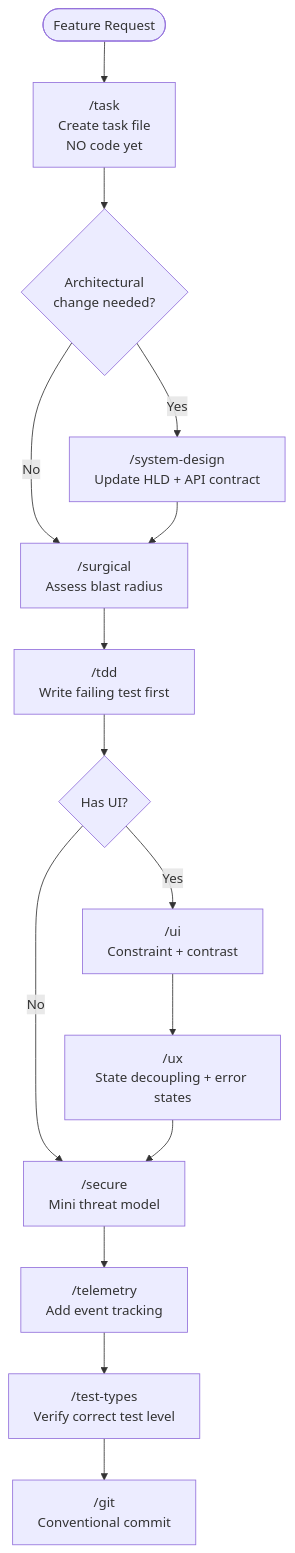
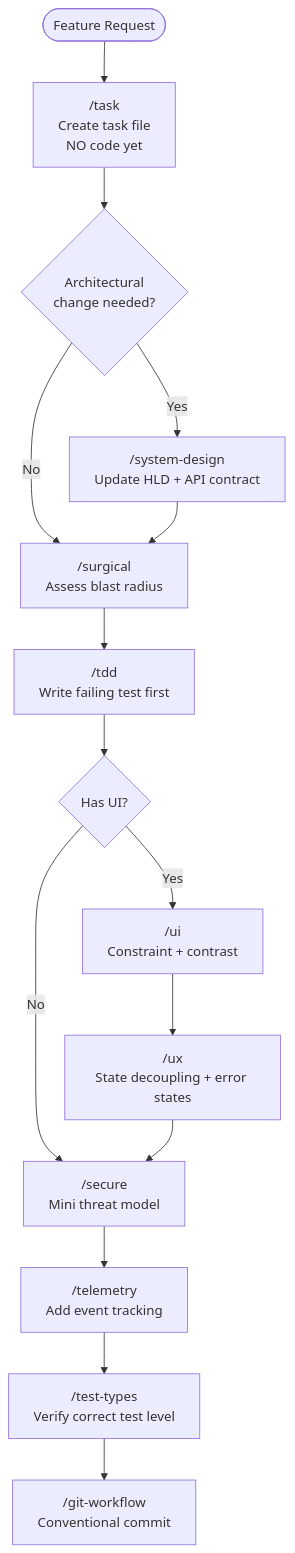
The third of 6 diagrams in README.md (sornbuen15/drunken-guild), drawn with Mermaid before and after one commit. The commit also changed other lines of this file and 33 other files, not shown here.

````diff
--- a/README.md
+++ b/README.md
@@ -434,17 +453,17 @@
 ```mermaid
 flowchart TD
     A([Feature Request]) --> B["/task\nCreate task file\nNO code yet"]
     B --> C{Architectural\nchange needed?}
     C -- Yes --> D["/system-design\nUpdate HLD + API contract"]
     C -- No --> E
     D --> E["/surgical\nAssess blast radius"]
     E --> F["/tdd\nWrite failing test first"]
     F --> G{Has UI?}
     G -- Yes --> H["/ui\nConstraint + contrast"]
     H --> I["/ux\nState decoupling + error states"]
     G -- No --> J
     I --> J["/secure\nMini threat model"]
     J --> K["/telemetry\nAdd event tracking"]
     K --> L["/test-types\nVerify correct test level"]
-    L --> M["/git\nConventional commit"]
+    L --> M["/git-workflow\nConventional commit"]
 ```
````
